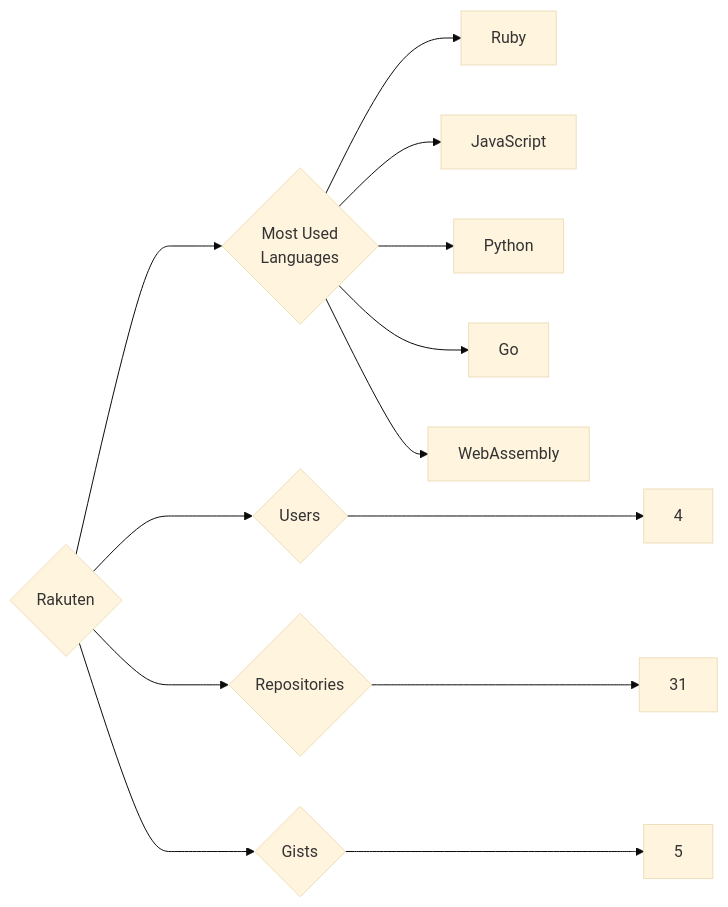
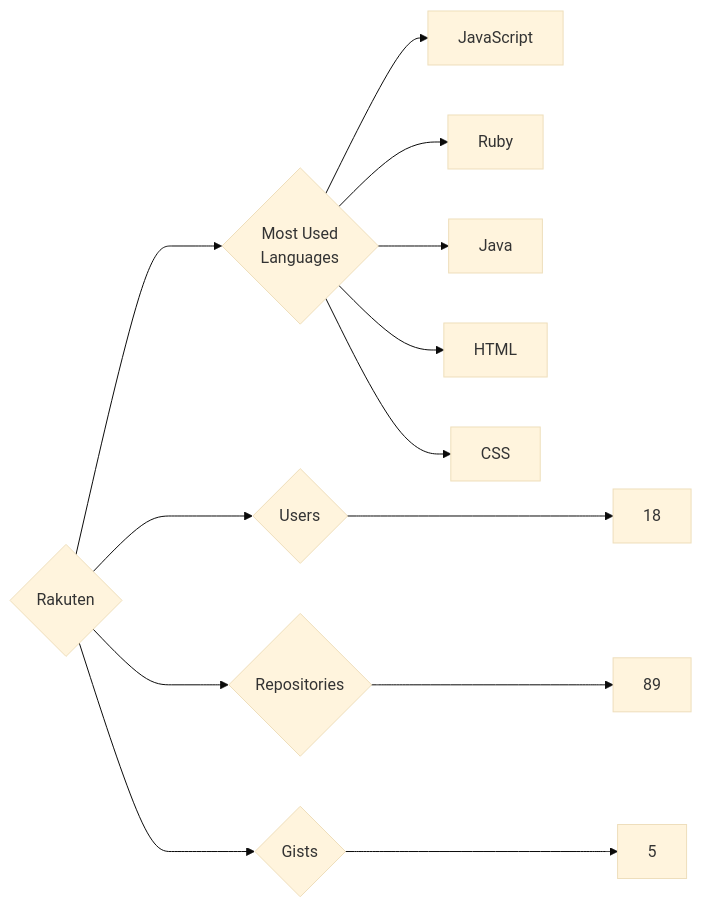
The diagram in targets/Rakuten/README.md (trickest/insiders), drawn with Mermaid (base theme) before and after one commit. The commit also changed 682 other files, not shown here.

````diff
--- a/targets/Rakuten/README.md
+++ b/targets/Rakuten/README.md
@@ -3,13 +3,13 @@
 ```mermaid
 graph LR
 COMPANY_NAME{Rakuten}
-COMPANY_NAME ---> U{Users} ---> UN[4]
-COMPANY_NAME ---> R{Repositories} ---> RN[31]
+COMPANY_NAME ---> U{Users} ---> UN[18]
+COMPANY_NAME ---> R{Repositories} ---> RN[89]
 COMPANY_NAME ---> G{Gists} ---> GN[5]
 COMPANY_NAME ---> ML{Most Used<br>Languages}
+ML --> JavaScript[JavaScript]
 ML --> Ruby[Ruby]
-ML --> JavaScript[JavaScript]
-ML --> Python[Python]
-ML --> Go[Go]
-ML --> WebAssembly[WebAssembly]
+ML --> Java[Java]
+ML --> HTML[HTML]
+ML --> CSS[CSS]
 ```
````
